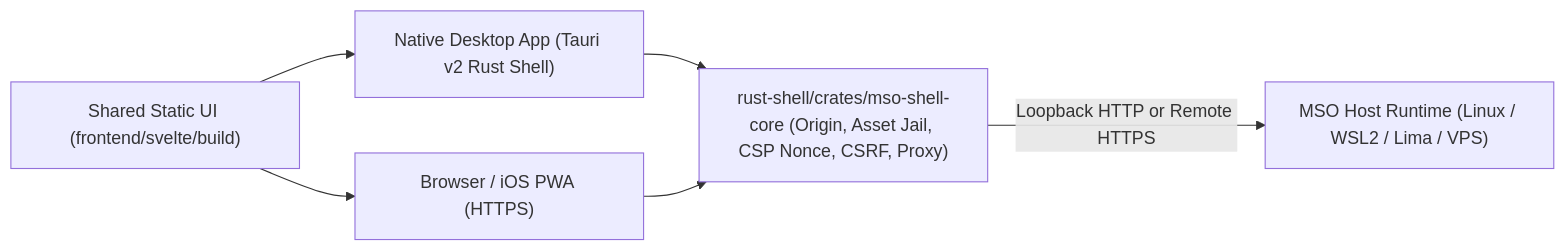
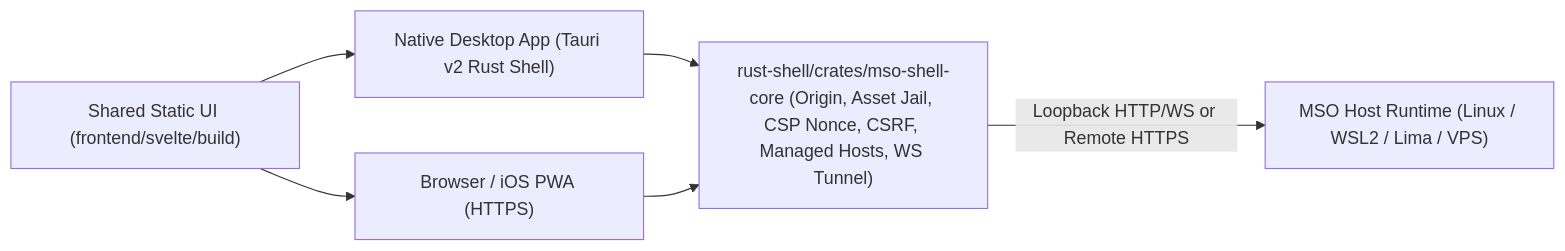
The diagram in docs/RUST-SHELL-PLAN.md (rahmanef63/mso), drawn with Mermaid before and after one commit. The commit also changed other lines of this file and 25 other files, not shown here.

Commit message:
feat(hybrid): complete Rust Stage R2B (split-origin, MCP, WS tunnel) and Svelte Inc. 3A (windows, Files, Processes)

````diff
--- a/docs/RUST-SHELL-PLAN.md
+++ b/docs/RUST-SHELL-PLAN.md
@@ -61,14 +62,14 @@
 ```mermaid
 flowchart LR
   UI["Shared Static UI (frontend/svelte/build)"]
   Web["Browser / iOS PWA (HTTPS)"]
   Desktop["Native Desktop App (Tauri v2 Rust Shell)"]
-  Core["rust-shell/crates/mso-shell-core (Origin, Asset Jail, CSP Nonce, CSRF, Proxy)"]
+  Core["rust-shell/crates/mso-shell-core (Origin, Asset Jail, CSP Nonce, CSRF, Managed Hosts, WS Tunnel)"]
   Host["MSO Host Runtime (Linux / WSL2 / Lima / VPS)"]
 
   UI --> Web
   UI --> Desktop
   Desktop --> Core
   Web --> Core
-  Core -->|"Loopback HTTP or Remote HTTPS"| Host
+  Core -->|"Loopback HTTP/WS or Remote HTTPS"| Host
 ```
````
